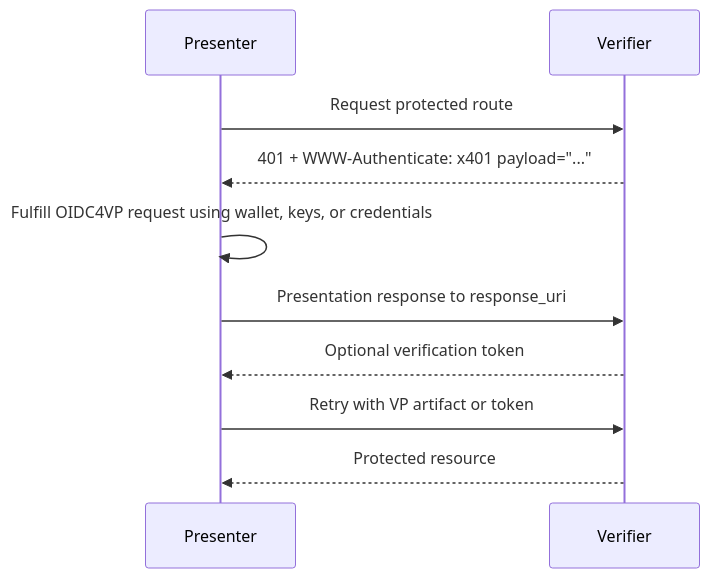
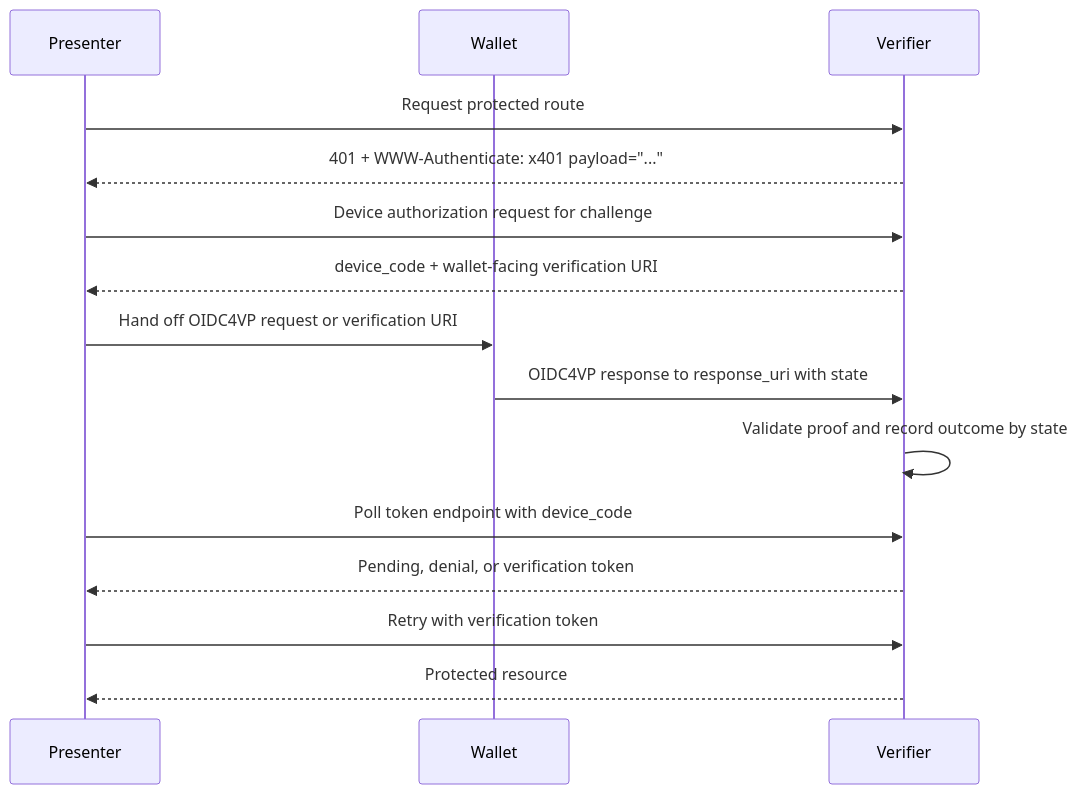
One commit to csuwildcat/P401 changed the first of 2 diagrams in spec.md. Above: the diagram before and after it, drawn with Mermaid. The commit also changed other lines of this file, not shown here.

Commit message:
Add state-bound device polling flow

````diff
--- a/spec.md
+++ b/spec.md
@@ -142,12 +152,17 @@
 ```mermaid
 sequenceDiagram
     participant Presenter
+    participant Wallet
     participant Verifier
     Presenter->>Verifier: Request protected route
     Verifier-->>Presenter: 401 + WWW-Authenticate: x401 payload="..."
-    Presenter->>Presenter: Fulfill OIDC4VP request using wallet, keys, or credentials
-    Presenter->>Verifier: Presentation response to response_uri
-    Verifier-->>Presenter: Optional verification token
-    Presenter->>Verifier: Retry with VP artifact or token
+    Presenter->>Verifier: Device authorization request for challenge
+    Verifier-->>Presenter: device_code + wallet-facing verification URI
+    Presenter->>Wallet: Hand off OIDC4VP request or verification URI
+    Wallet->>Verifier: OIDC4VP response to response_uri with state
+    Verifier->>Verifier: Validate proof and record outcome by state
+    Presenter->>Verifier: Poll token endpoint with device_code
+    Verifier-->>Presenter: Pending, denial, or verification token
+    Presenter->>Verifier: Retry with verification token
     Verifier-->>Presenter: Protected resource
 ```
````
